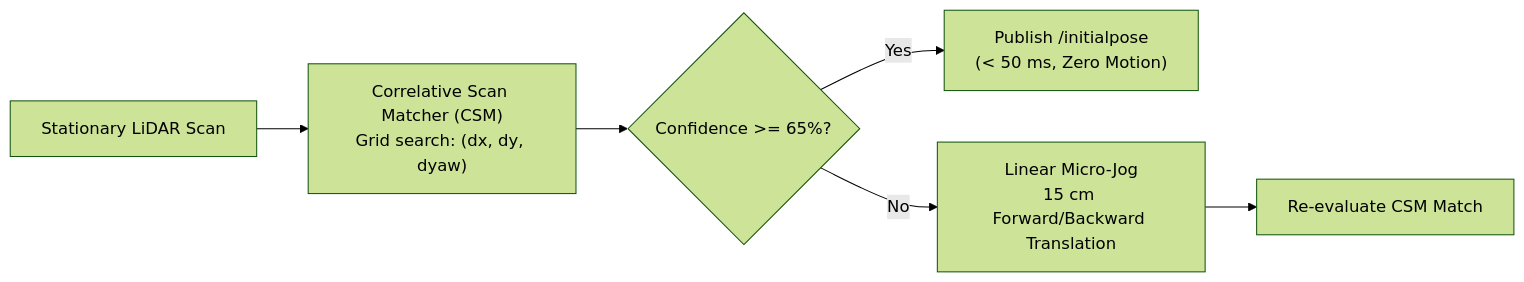
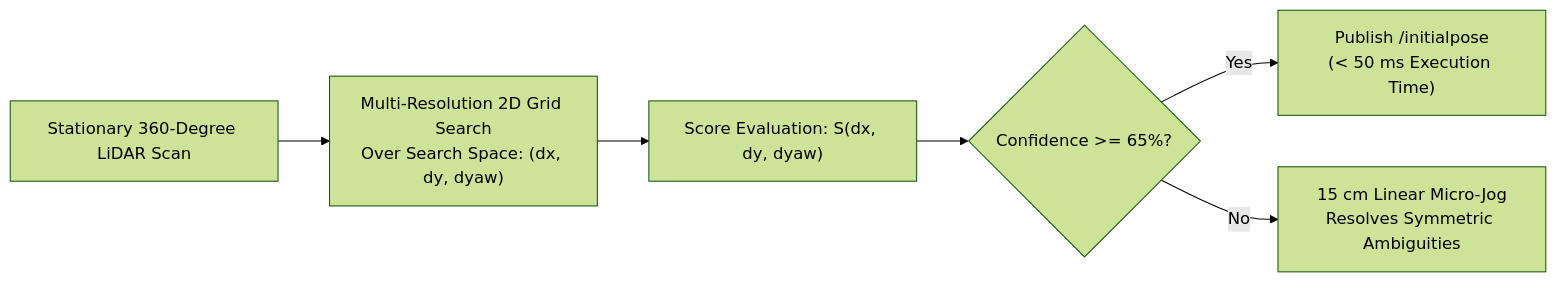
Before and after one commit to itbdelaboprogramming/msd700_documentation: the fourth of 4 diagrams in docs/development/boustrophedon-and-alignment.md, drawn with Mermaid (forest theme). The commit also changed other lines of this file and 4 other files, not shown here.

Commit message:
docs: update firmware and hardware documentation with detailed schematics, pinouts, and control loop equations

````diff
--- a/docs/development/boustrophedon-and-alignment.md
+++ b/docs/development/boustrophedon-and-alignment.md
@@ -99,8 +102,8 @@
 ```mermaid
 flowchart LR
-  SCAN["Stationary LiDAR Scan"] --> CSM["Correlative Scan Matcher (CSM)<br/>Grid search: (dx, dy, dyaw)"]
-  CSM --> CHK{"Confidence >= 65%?"}
-  CHK -->|Yes| INIT["Publish /initialpose<br/>(< 50 ms, Zero Motion)"]
-  CHK -->|No| JOG["Linear Micro-Jog<br/>15 cm Forward/Backward Translation"]
-  JOG --> RETRY["Re-evaluate CSM Match"]
+  SCAN["Stationary 360-Degree LiDAR Scan"] --> GRID_SEARCH["Multi-Resolution 2D Grid Search<br/>Over Search Space: (dx, dy, dyaw)"]
+  GRID_SEARCH --> SCORE["Score Evaluation: S(dx, dy, dyaw)"]
+  SCORE --> CONF{"Confidence >= 65%?"}
+  CONF -->|Yes| POSE["Publish /initialpose<br/>(< 50 ms Execution Time)"]
+  CONF -->|No| JOG["15 cm Linear Micro-Jog<br/>Resolves Symmetric Ambiguities"]
 ```
````
